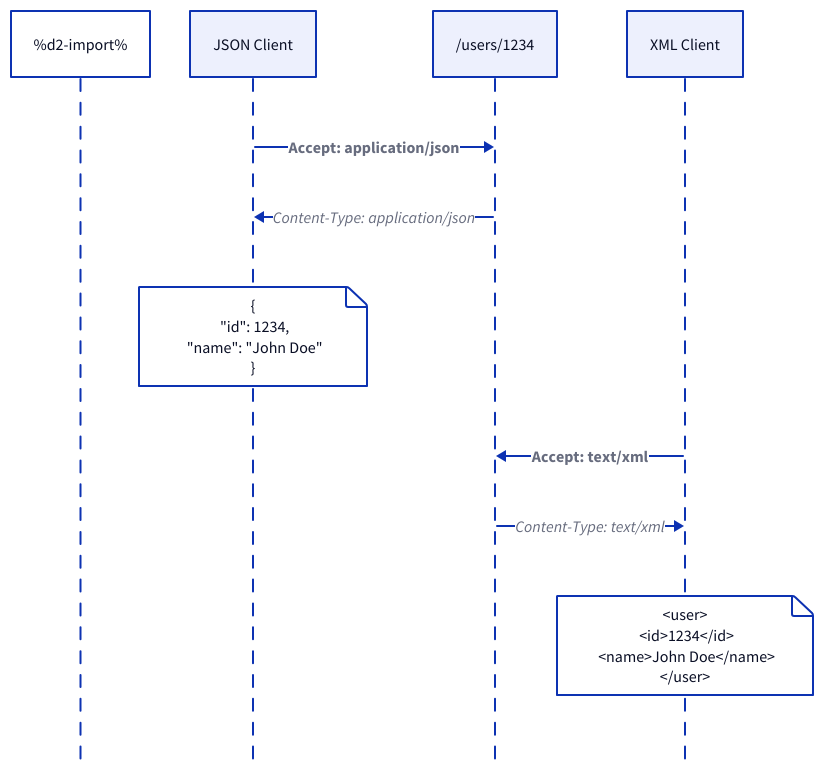
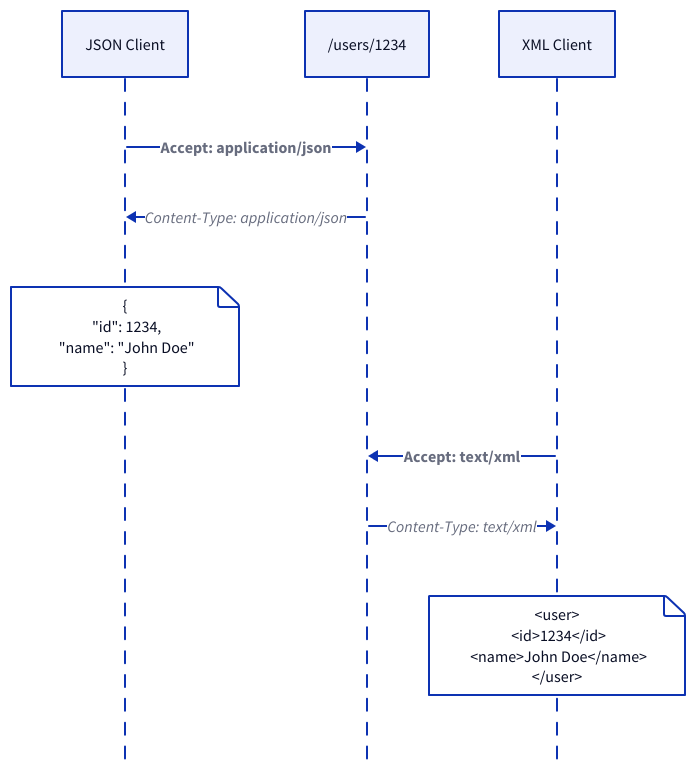
The eighth of 9 diagrams in content/docs/web-service/api-design/_index.md (link1905/system-design-101), drawn with D2 before and after one commit. The commit also changed other lines of this file and 12 other files, not shown here.

````diff
--- a/content/docs/web-service/api-design/_index.md
+++ b/content/docs/web-service/api-design/_index.md
@@ -378,31 +358,32 @@
 ```d2
-%d2-import%
 shape: sequence_diagram
 jc: JSON Client
-p: "/users/1234"
+p: "/users/1234" {
+    class: server
+}
 xc: XML Client
 jc -> p: "Accept: application/json" {
    style.bold: true
 }
 p -> jc: "Content-Type: application/json" 
 jc {
    json: |||json
    {
        "id": 1234,
        "name": "John Doe"
    }
    |||
 }
 xc -> p: "Accept: text/xml" {
    style.bold: true
 }
 p -> xc: "Content-Type: text/xml" 
 xc {
    xml: |||xml 
    <user>
        <id>1234</id>
        <name>John Doe</name>
    </user>
    |||
 }
 ```
````
